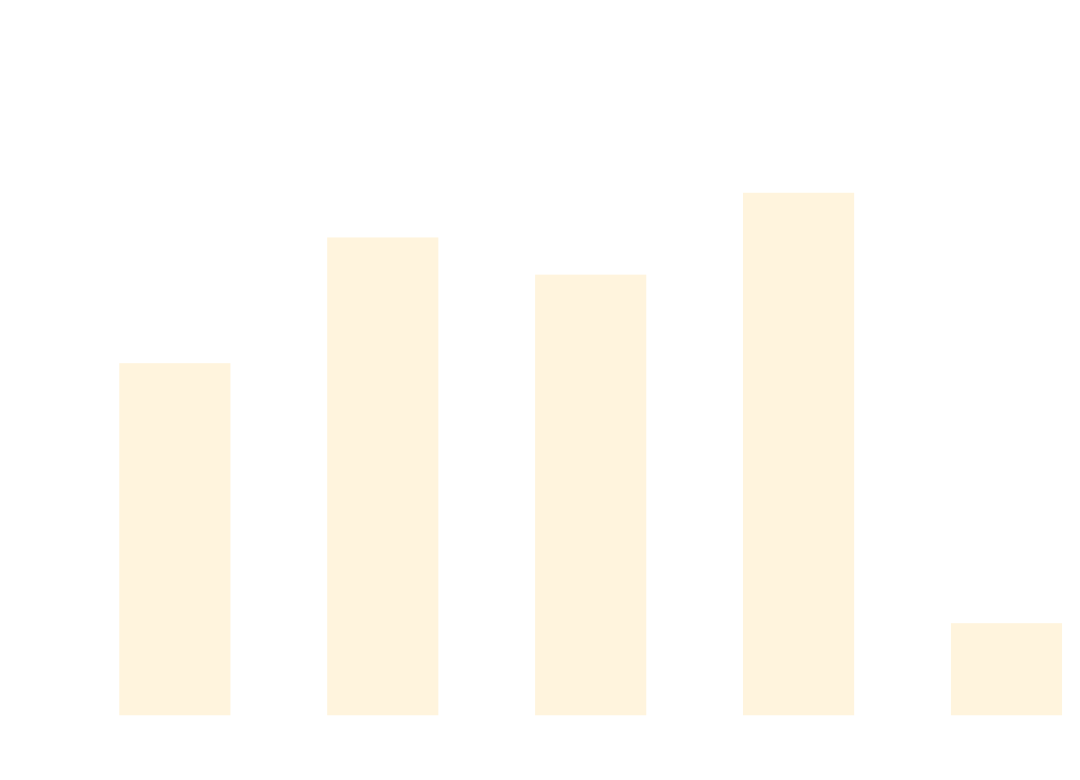
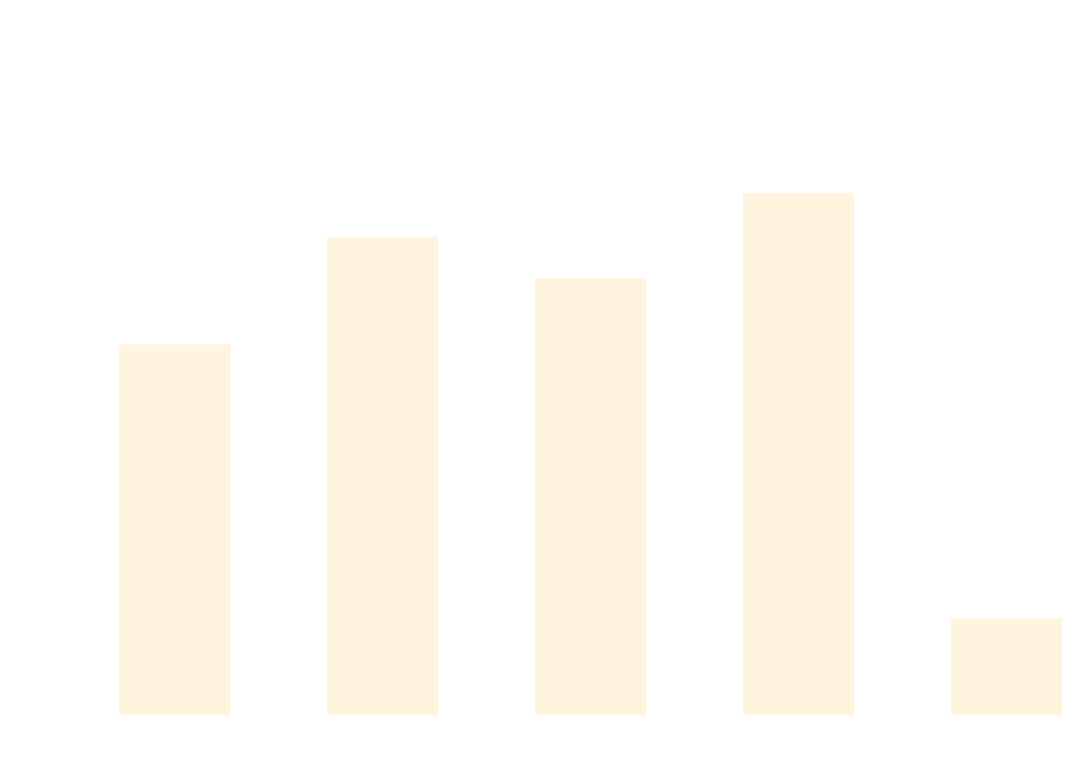
Before and after one commit to thomhurst/TUnit: the diagram in docs/docs/benchmarks/AsyncTests.md, drawn with Mermaid. The commit also changed other lines of this file and 17 other files, not shown here.

````diff
--- a/docs/docs/benchmarks/AsyncTests.md
+++ b/docs/docs/benchmarks/AsyncTests.md
@@ -27,37 +27,37 @@
 ```mermaid
 %%{init: {
   'theme':'base',
   'themeVariables': {
     'primaryColor': '#2563eb',
     'primaryTextColor': '#ffffff',
     'primaryBorderColor': '#1e40af',
     'lineColor': '#6b7280',
     'secondaryColor': '#7c3aed',
     'tertiaryColor': '#dc2626',
     'background': '#ffffff',
     'mainBkg': '#2563eb',
     'secondBkg': '#7c3aed',
     'tertiaryBkg': '#dc2626',
     'clusterBkg': '#f3f4f6',
     'edgeLabelBackground': '#ffffff',
     'tertiaryTextColor': '#1f2937',
     'pie1': '#2563eb',
     'pie2': '#7c3aed',
     'pie3': '#dc2626',
     'pie4': '#f59e0b',
     'pie5': '#10b981',
     'pie6': '#06b6d4',
     'pie7': '#ec4899',
     'pie8': '#6366f1',
     'pie9': '#84cc16',
     'pie10': '#f97316',
     'pie11': '#14b8a6',
     'pie12': '#a855f7'
   }
 }}%%
 xychart-beta
   title "AsyncTests Performance Comparison"
   x-axis ["TUnit", "NUnit", "MSTest", "xUnit3", "TUnit_AOT"]
-  y-axis "Time (ms)" 0 --> 932
-  bar [517, 708, 651.5, 775.9, 122]
+  y-axis "Time (ms)" 0 --> 876
+  bar [512.9, 666.5, 607.5, 729.3, 121.8]
 ```
````
